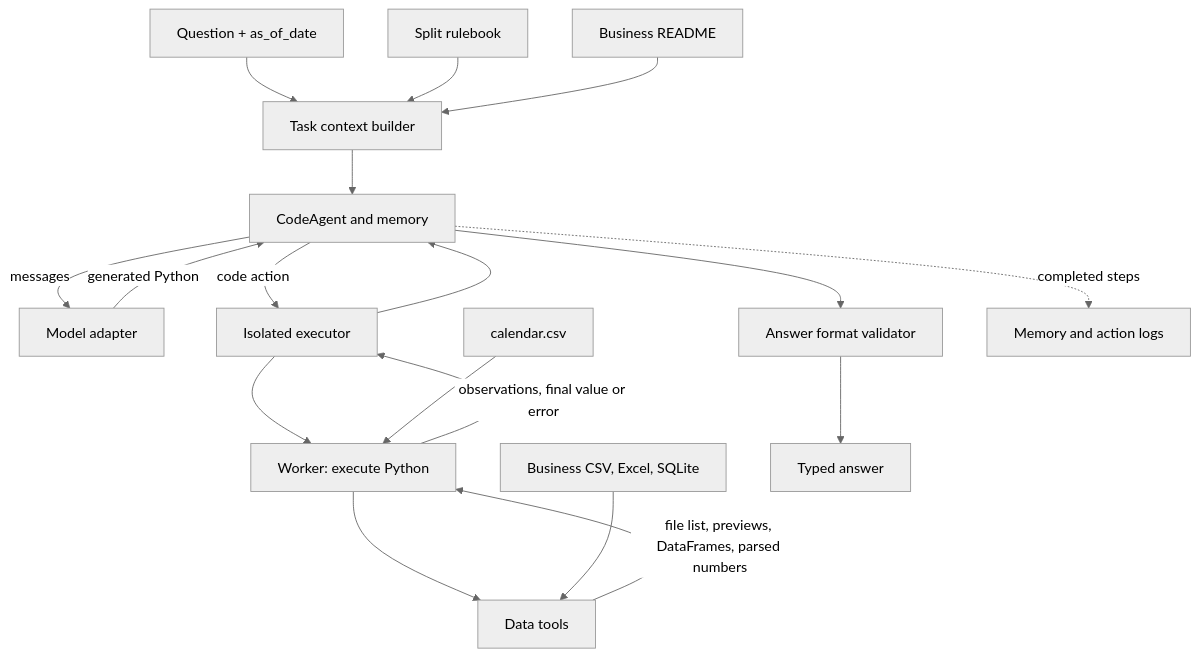
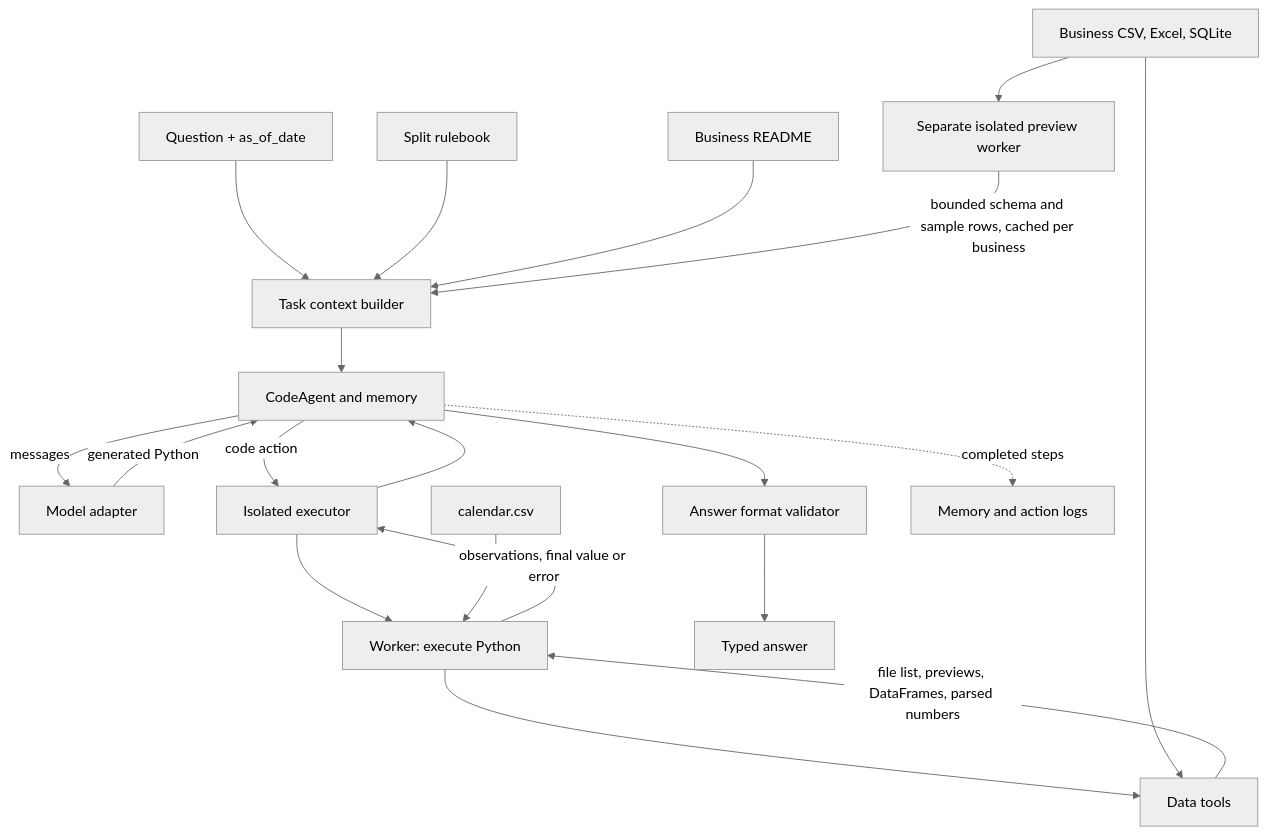
The diagram in docs/diagrams/03-components.md (NguyenNhat4/Datamate-ZAC2026), drawn with Mermaid (neutral theme) before and after one commit. The commit also changed other lines of this file and 18 other files, not shown here.

````diff
--- a/docs/diagrams/03-components.md
+++ b/docs/diagrams/03-components.md
@@ -3,20 +5,22 @@
 ```mermaid
 flowchart TD
     Q["Question + as_of_date"] --> Context["Task context builder"]
     RB["Split rulebook"] --> Context
     BR["Business README"] --> Context
+    Files --> Preview["Separate isolated preview worker"]
+    Preview -->|"bounded schema and sample rows, cached per business"| Context
     Context --> Agent["CodeAgent and memory"]
     Agent -->|"messages"| Model["Model adapter"]
     Model -->|"generated Python"| Agent
     Agent -->|"code action"| Executor["Isolated executor"]
     Executor --> Worker["Worker: execute Python"]
     Worker --> Tools["Data tools"]
     Files["Business CSV, Excel, SQLite"] --> Tools
     Calendar["calendar.csv"] --> Worker
     Tools -->|"file list, previews, DataFrames, parsed numbers"| Worker
     Worker -->|"observations, final value or error"| Executor
     Executor --> Agent
     Agent --> Validator["Answer format validator"]
     Validator --> Output["Typed answer"]
     Agent -.->|"completed steps"| Logs["Memory and action logs"]
 ```
````
